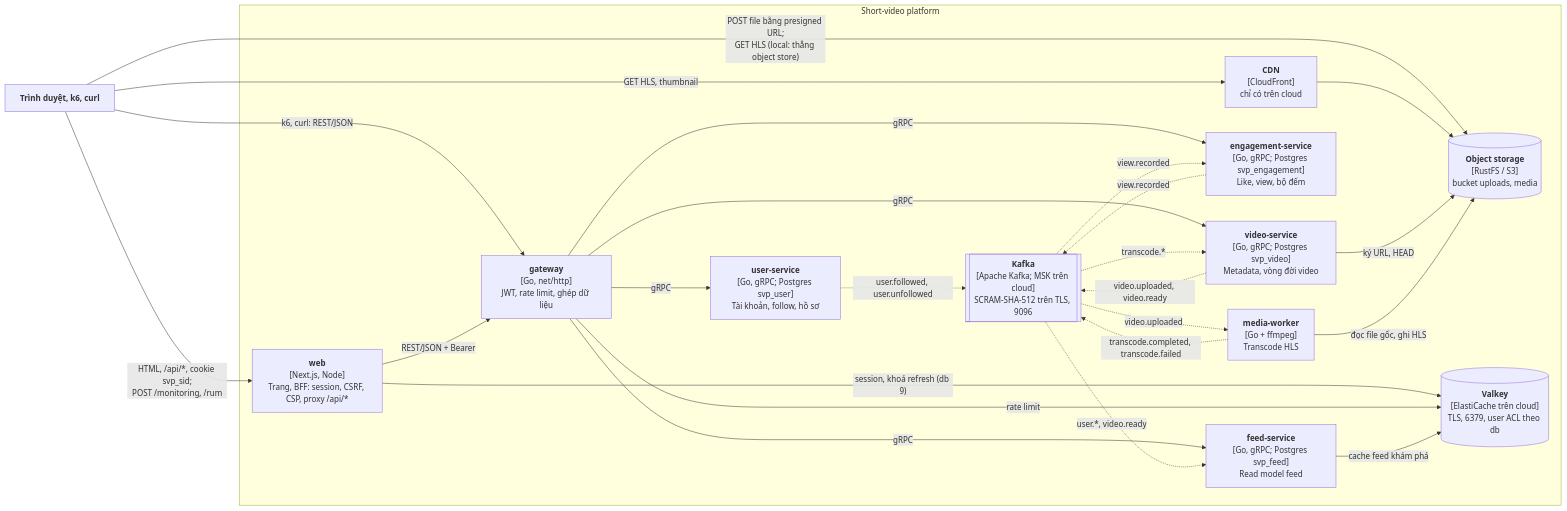
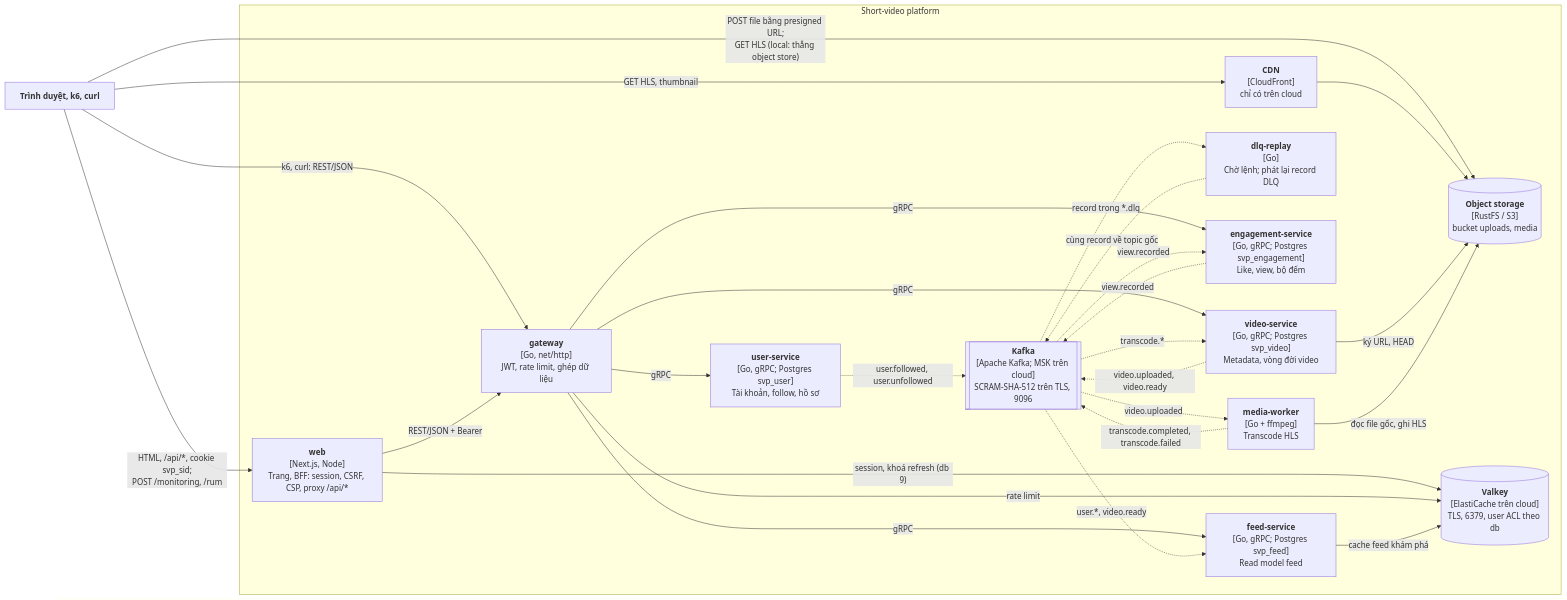
One commit to anhnvcoder/svp-backend changed the second of 4 diagrams in docs/architecture.md. Above: the diagram before and after it, drawn with Mermaid. The commit also changed other lines of this file and 157 other files, not shown here.

First line of the commit message:
feat: pod operations and DLQ replay release

````diff
--- a/docs/architecture.md
+++ b/docs/architecture.md
@@ -105,44 +105,47 @@
 ```mermaid
 flowchart LR
     browser["<b>Trình duyệt, k6, curl</b>"]
     subgraph svp["Short-video platform"]
         web["<b>web</b><br/>[Next.js, Node]<br/>Trang, BFF: session, CSRF, CSP, proxy /api/*"]
         gw["<b>gateway</b><br/>[Go, net/http]<br/>JWT, rate limit, ghép dữ liệu"]
         us["<b>user-service</b><br/>[Go, gRPC; Postgres svp_user]<br/>Tài khoản, follow, hồ sơ"]
         vs["<b>video-service</b><br/>[Go, gRPC; Postgres svp_video]<br/>Metadata, vòng đời video"]
         mw["<b>media-worker</b><br/>[Go + ffmpeg]<br/>Transcode HLS"]
+        dr["<b>dlq-replay</b><br/>[Go]<br/>Chờ lệnh; phát lại record DLQ"]
         es["<b>engagement-service</b><br/>[Go, gRPC; Postgres svp_engagement]<br/>Like, view, bộ đếm"]
         fs["<b>feed-service</b><br/>[Go, gRPC; Postgres svp_feed]<br/>Read model feed"]
         bus[["<b>Kafka</b><br/>[Apache Kafka; MSK trên cloud]<br/>SCRAM-SHA-512 trên TLS, 9096"]]
         obj[("<b>Object storage</b><br/>[RustFS / S3]<br/>bucket uploads, media")]
         cdn["<b>CDN</b><br/>[CloudFront]<br/>chỉ có trên cloud"]
         redis[("<b>Valkey</b><br/>[ElastiCache trên cloud]<br/>TLS, 6379, user ACL theo db")]
     end
 
     browser -->|"HTML, /api/*, cookie svp_sid;<br/>POST /monitoring, /rum"| web
     browser -->|"POST file bằng presigned URL;<br/>GET HLS (local: thẳng object store)"| obj
     browser -->|"GET HLS, thumbnail"| cdn
     browser -->|"k6, curl: REST/JSON"| gw
     web -->|"REST/JSON + Bearer"| gw
     web -->|"session, khoá refresh (db 9)"| redis
     cdn --> obj
 
     gw -->|"rate limit"| redis
     gw -->|gRPC| us
     gw -->|gRPC| vs
     gw -->|gRPC| es
     gw -->|gRPC| fs
 
     vs -->|"ký URL, HEAD"| obj
     mw -->|"đọc file gốc, ghi HLS"| obj
     fs -->|"cache feed khám phá"| redis
 
     us -.->|"user.followed, user.unfollowed"| bus
     vs -.->|"video.uploaded, video.ready"| bus
     bus -.->|"video.uploaded"| mw
     mw -.->|"transcode.completed, transcode.failed"| bus
     bus -.->|"transcode.*"| vs
     es -.->|"view.recorded"| bus
     bus -.->|"view.recorded"| es
     bus -.->|"user.*, video.ready"| fs
+    bus -.->|"record trong *.dlq"| dr
+    dr -.->|"cùng record về topic gốc"| bus
 ```
````
